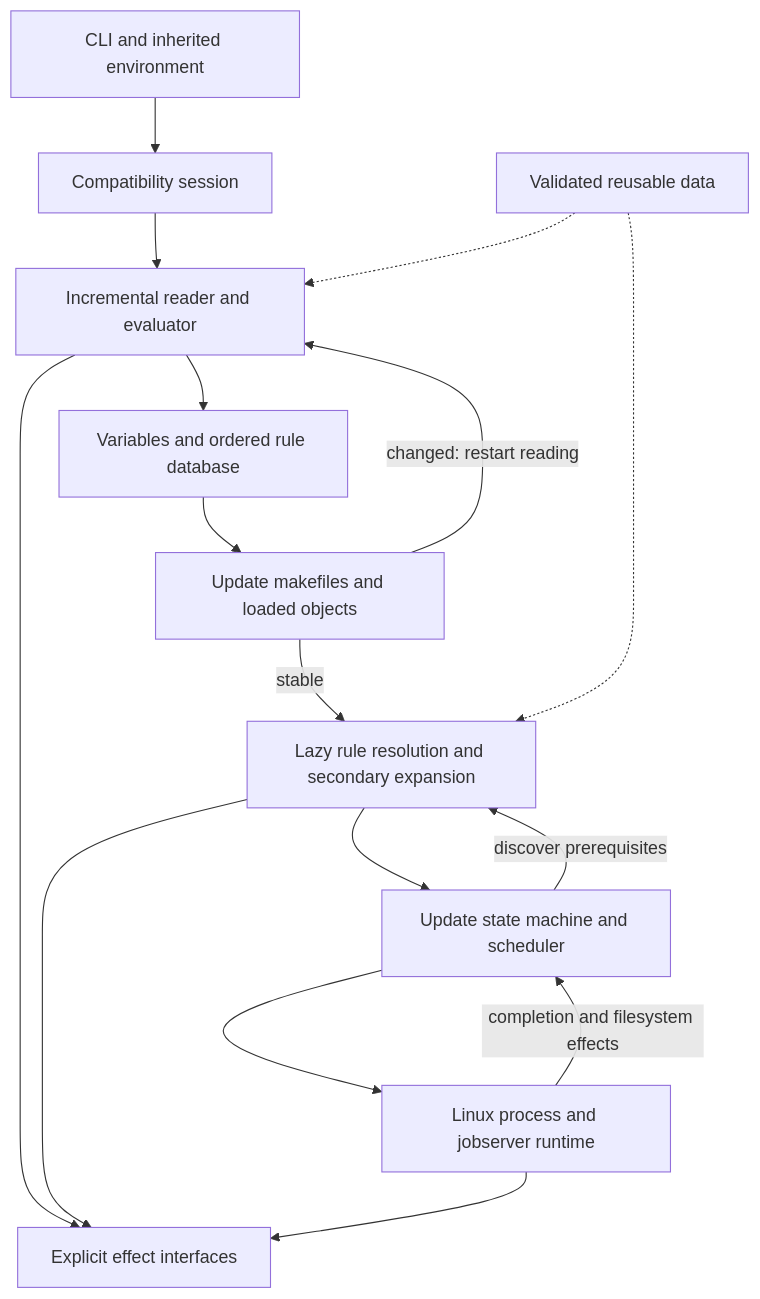
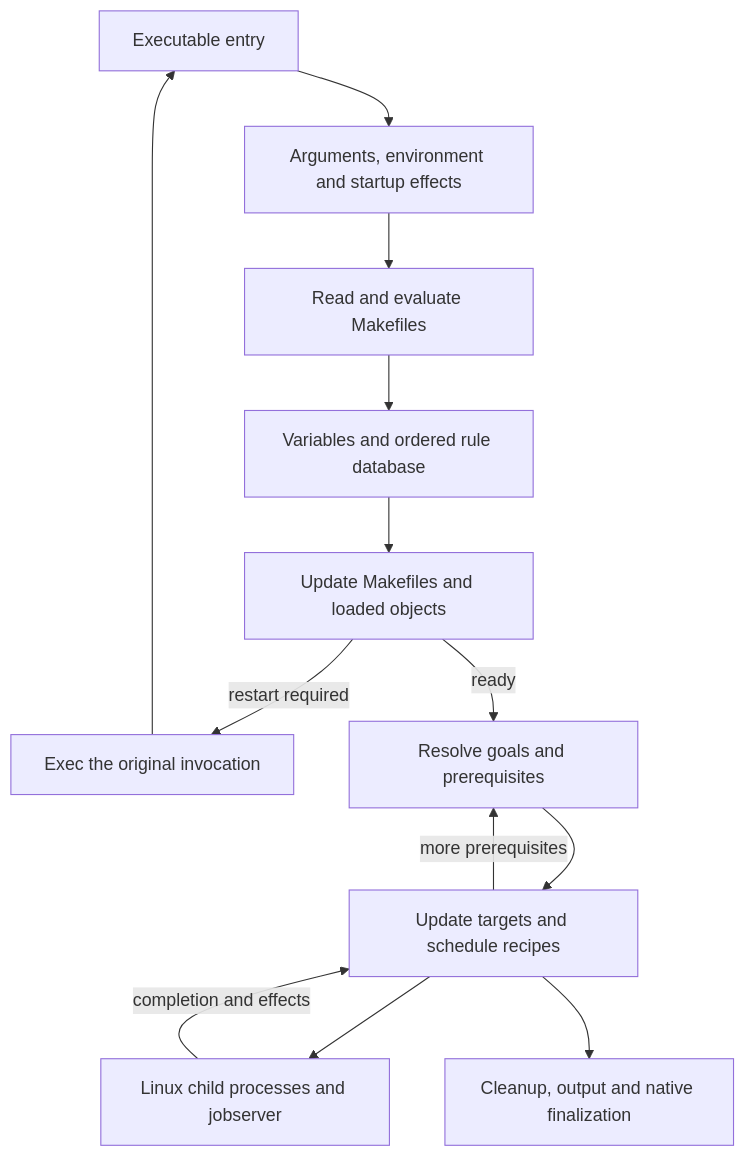
The diagram in docs/architecture.md (jeffdasilva/rmake), drawn with Mermaid before and after one commit. The commit also changed other lines of this file, not shown here.

Commit message:
Explain rmake architecture and planned extensions

````diff
--- a/docs/architecture.md
+++ b/docs/architecture.md
@@ -14,18 +39,15 @@
 ```mermaid
 flowchart TD
-    CLI[CLI and inherited environment] --> SESSION[Compatibility session]
-    SESSION --> READ[Incremental reader and evaluator]
+    ENTRY[Executable entry] --> START[Arguments, environment and startup effects]
+    START --> READ[Read and evaluate Makefiles]
     READ --> DB[Variables and ordered rule database]
-    DB --> REMAKE[Update makefiles and loaded objects]
-    REMAKE -->|changed: restart reading| READ
-    REMAKE -->|stable| RESOLVE[Lazy rule resolution and secondary expansion]
-    RESOLVE --> SCHED[Update state machine and scheduler]
-    SCHED --> RUN[Linux process and jobserver runtime]
-    RUN -->|completion and filesystem effects| SCHED
-    SCHED -->|discover prerequisites| RESOLVE
-    READ --> EFFECTS[Explicit effect interfaces]
-    RESOLVE --> EFFECTS
-    RUN --> EFFECTS
-    CACHE[Validated reusable data] -.-> READ
-    CACHE -.-> RESOLVE
+    DB --> REMAKE[Update Makefiles and loaded objects]
+    REMAKE -->|restart required| EXEC[Exec the original invocation]
+    EXEC --> ENTRY
+    REMAKE -->|ready| RESOLVE[Resolve goals and prerequisites]
+    RESOLVE --> BUILD[Update targets and schedule recipes]
+    BUILD --> RUN[Linux child processes and jobserver]
+    RUN -->|completion and effects| BUILD
+    BUILD -->|more prerequisites| RESOLVE
+    BUILD --> FINISH[Cleanup, output and native finalization]
 ```
````
